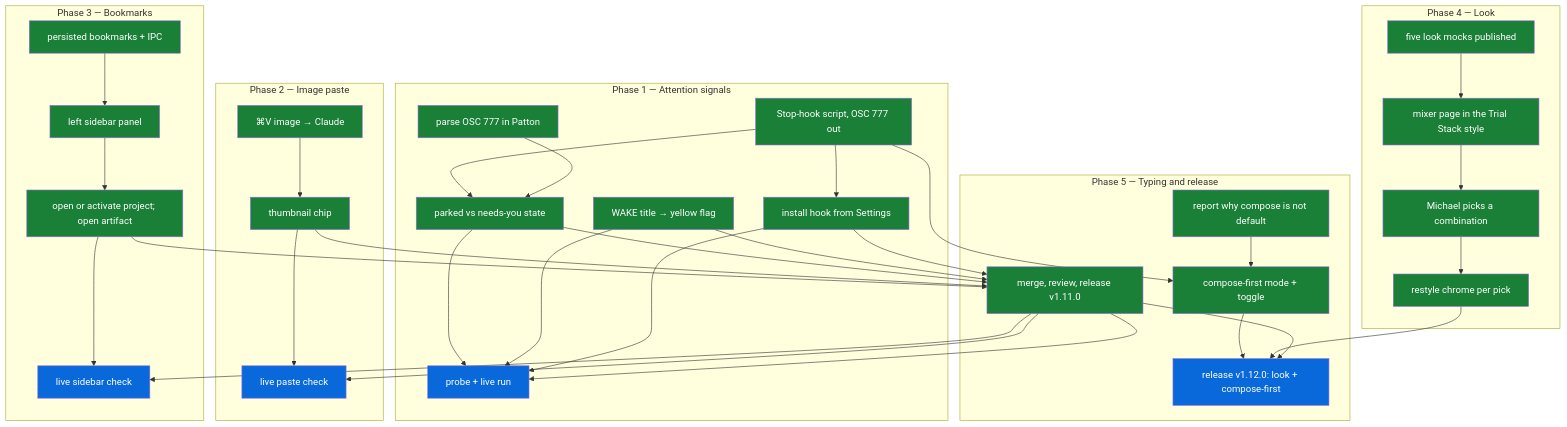
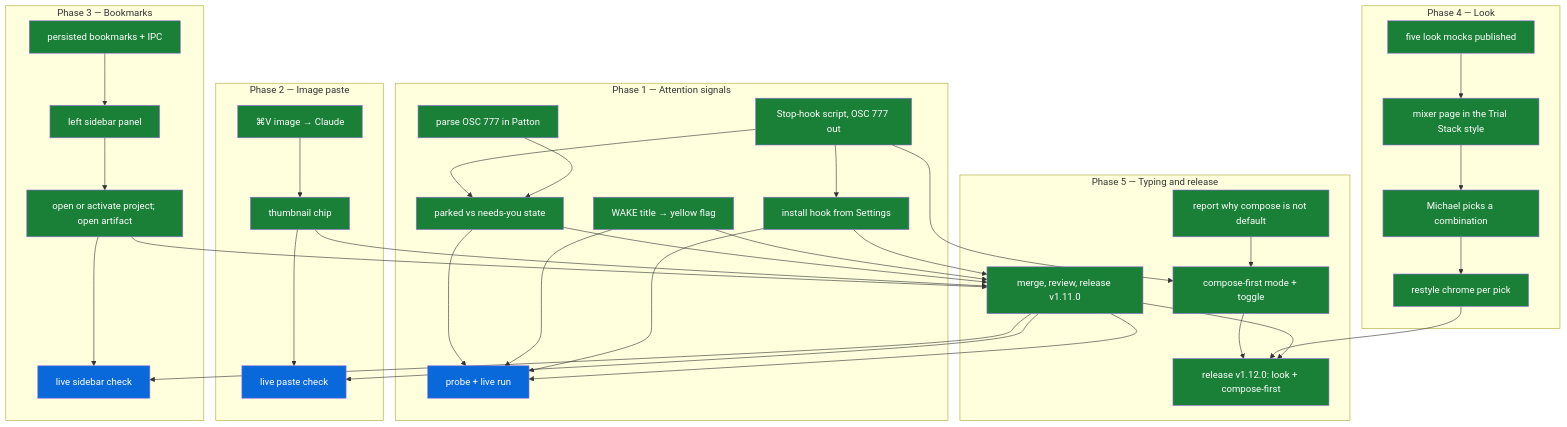
The diagram in docs/NEXT_STEPS.md (michaeljryoung/patton), drawn with Mermaid before and after one commit. The commit also changed other lines of this file and 1 other file, not shown here.

Commit message:
Map: v1.12.0 released, cask verified [no-release]

````diff
--- a/docs/NEXT_STEPS.md
+++ b/docs/NEXT_STEPS.md
@@ -10,67 +10,67 @@
 ```mermaid
 flowchart TD
   subgraph P1["Phase 1 — Attention signals"]
     hook_script[Stop-hook script, OSC 777 out]:::done
     osc777_parse[parse OSC 777 in Patton]:::done
     parked_state[parked vs needs-you state]:::done
     wake_yellow[WAKE title → yellow flag]:::done
     hook_install[install hook from Settings]:::done
     signals_verify[probe + live run]:::live
   end
   subgraph P2["Phase 2 — Image paste"]
     image_paste[⌘V image → Claude]:::done
     paste_thumbnail[thumbnail chip]:::done
     paste_verify[live paste check]:::live
   end
   subgraph P3["Phase 3 — Bookmarks"]
     bookmarks_store[persisted bookmarks + IPC]:::done
     bookmarks_panel[left sidebar panel]:::done
     bookmark_open[open or activate project; open artifact]:::done
     bookmarks_verify[live sidebar check]:::live
   end
   subgraph P4["Phase 4 — Look"]
     look_mocks[five look mocks published]:::done
     look_mixer[mixer page in the Trial Stack style]:::done
     look_pick[Michael picks a combination]:::done
     look_implement[restyle chrome per pick]:::done
   end
   subgraph P5["Phase 5 — Typing and release"]
     compose_reason[report why compose is not default]:::done
     compose_default[compose-first mode + toggle]:::done
     merge_release[merge, review, release v1.11.0]:::done
-    release_v1_12[release v1.12.0: look + compose-first]:::live
+    release_v1_12[release v1.12.0: look + compose-first]:::done
   end
   hook_script --> parked_state
   osc777_parse --> parked_state
   hook_script --> hook_install
   parked_state --> signals_verify
   wake_yellow --> signals_verify
   hook_install --> signals_verify
   image_paste --> paste_thumbnail
   paste_thumbnail --> paste_verify
   bookmarks_store --> bookmarks_panel
   bookmarks_panel --> bookmark_open
   bookmark_open --> bookmarks_verify
   look_mocks --> look_mixer
   look_mixer --> look_pick
   look_pick --> look_implement
   compose_reason --> compose_default
   hook_script --> compose_default
   parked_state --> merge_release
   wake_yellow --> merge_release
   hook_install --> merge_release
   paste_thumbnail --> merge_release
   bookmark_open --> merge_release
   merge_release --> signals_verify
   merge_release --> paste_verify
   merge_release --> bookmarks_verify
   compose_default --> release_v1_12
   look_implement --> release_v1_12
   merge_release --> release_v1_12
   classDef done fill:#1a7f37,color:#fff
   classDef live fill:#0969da,color:#fff
   classDef todo fill:#8c959f,color:#fff
   classDef blocked fill:#cf222e,color:#fff
   classDef dropped fill:#eaeef2,color:#57606a
   classDef superseded fill:#eaeef2,color:#57606a
 ```
````
